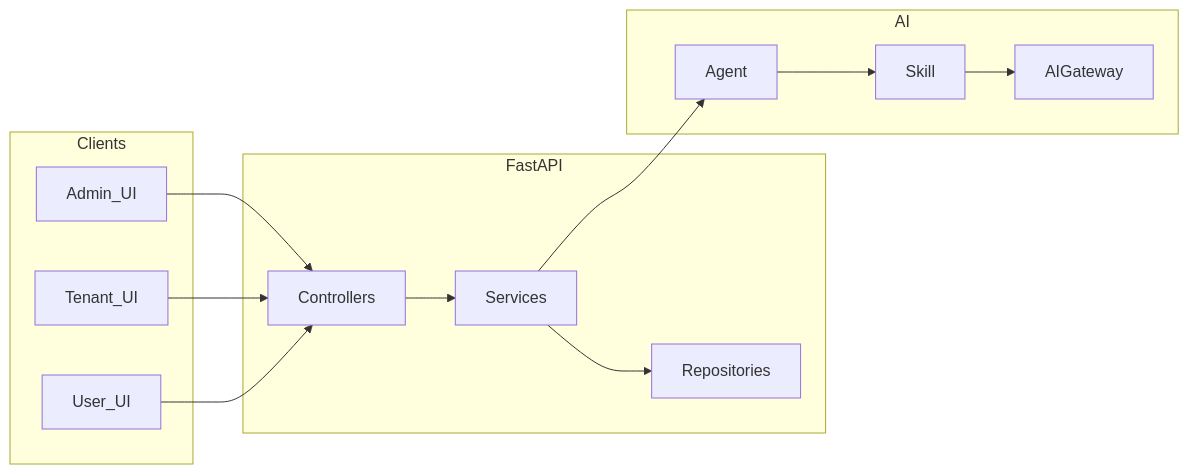
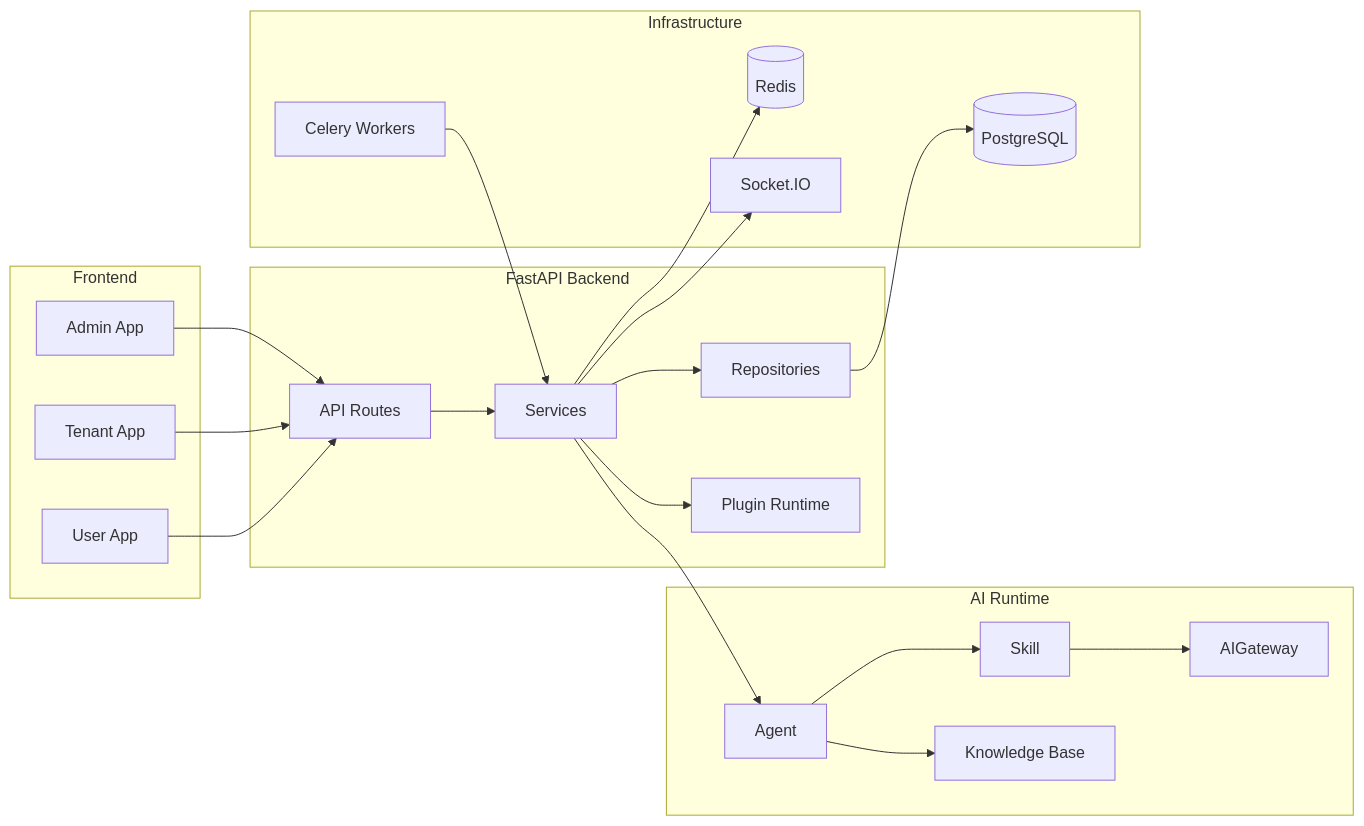
One commit to yzxingtu/novusai-saas changed the diagram in README.md. Above: the diagram before and after it, drawn with Mermaid. The commit also changed other lines of this file and 323 other files, not shown here.

````diff
--- a/README.md
+++ b/README.md
@@ -78,23 +42,40 @@
 ```mermaid
 flowchart LR
-  subgraph clients [Clients]
-    AdminUI[Admin_UI]
-    TenantUI[Tenant_UI]
-    UserUI[User_UI]
+  subgraph UI [Frontend]
+    Admin[Admin App]
+    Tenant[Tenant App]
+    User[User App]
   end
-  subgraph api [FastAPI]
-    Routes[Controllers]
-    Svc[Services]
-    Repo[Repositories]
+
+  subgraph API [FastAPI Backend]
+    Routes[API Routes]
+    Services[Services]
+    Repos[Repositories]
+    Plugins[Plugin Runtime]
   end
-  subgraph ai [AI]
+
+  subgraph AI [AI Runtime]
     Agent[Agent]
     Skill[Skill]
-    GW[AIGateway]
+    Gateway[AIGateway]
+    KB[Knowledge Base]
   end
-  AdminUI --> Routes
-  TenantUI --> Routes
-  UserUI --> Routes
-  Routes --> Svc --> Repo
-  Svc --> Agent --> Skill --> GW
+
+  subgraph Infra [Infrastructure]
+    DB[(PostgreSQL)]
+    Redis[(Redis)]
+    Celery[Celery Workers]
+    SocketIO[Socket.IO]
+  end
+
+  Admin --> Routes
+  Tenant --> Routes
+  User --> Routes
+  Routes --> Services --> Repos --> DB
+  Services --> Plugins
+  Services --> Agent --> Skill --> Gateway
+  Agent --> KB
+  Services --> Redis
+  Services --> SocketIO
+  Celery --> Services
 ```
````
